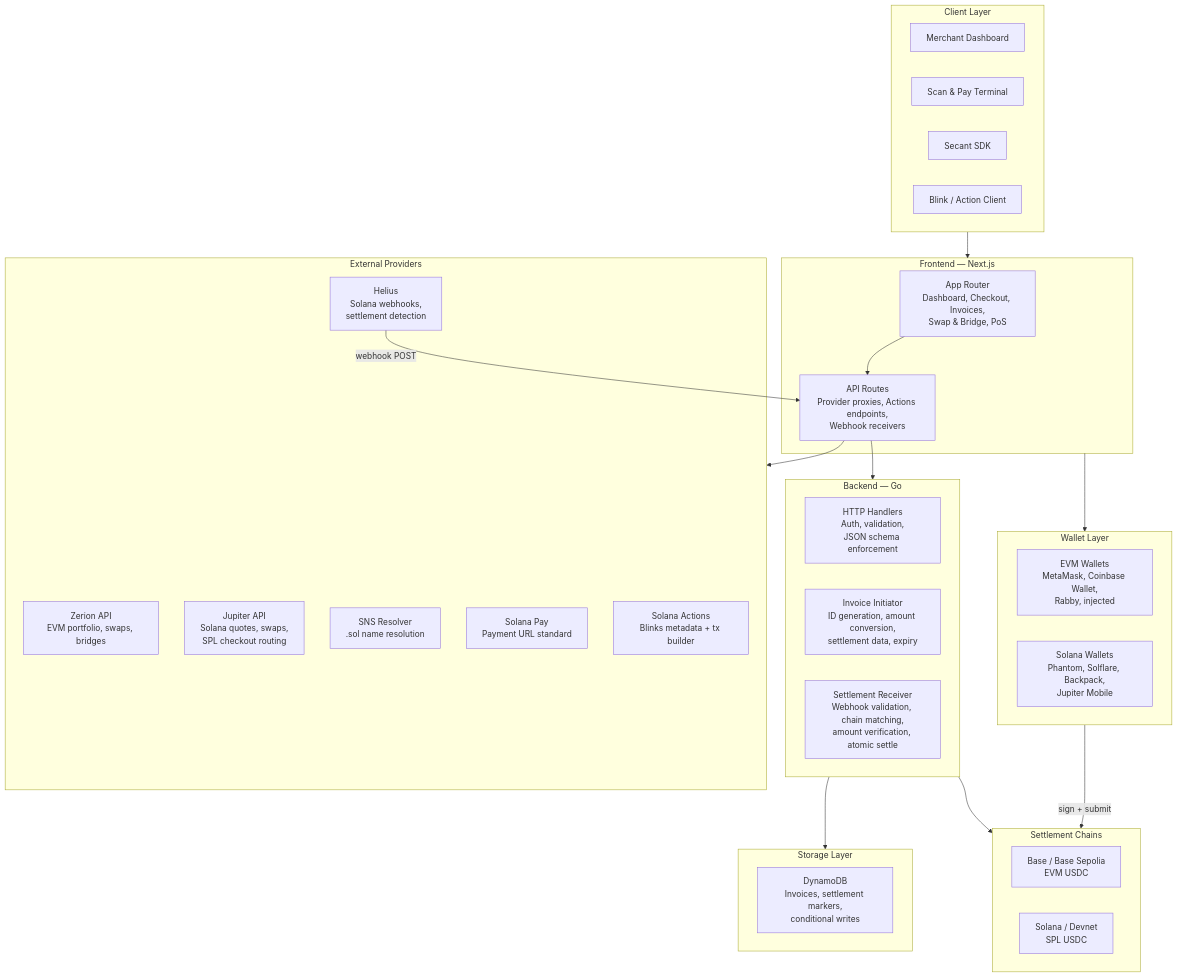
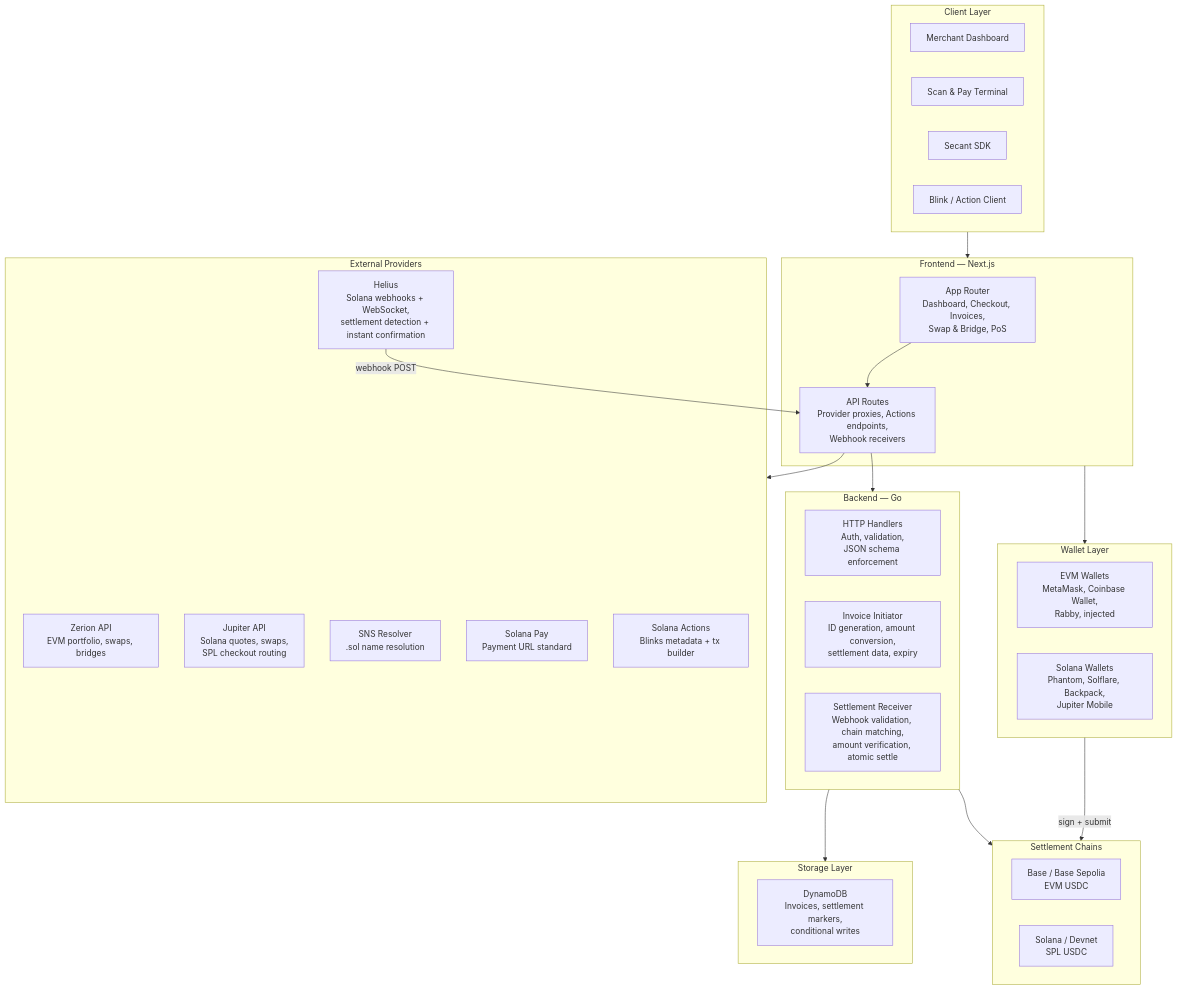
One commit to nagatejakachapuram/Secant-Pay-Docs changed the first of 4 diagrams in architecture.md. Above: the diagram before and after it, drawn with Mermaid. The commit also changed other lines of this file and 2 other files, not shown here.

Commit message:
Updated Architecture page

````diff
--- a/architecture.md
+++ b/architecture.md
@@ -18,53 +18,53 @@
 ```mermaid
 flowchart TB
   subgraph Clients["Client Layer"]
     Merchant["Merchant Dashboard"]
     POS["Scan & Pay Terminal"]
     SDK["Secant SDK"]
     Blink["Blink / Action Client"]
   end
 
   subgraph Frontend["Frontend — Next.js"]
     App["App Router\nDashboard, Checkout, Invoices,\nSwap & Bridge, PoS"]
     ApiRoutes["API Routes\nProvider proxies, Actions endpoints,\nWebhook receivers"]
   end
 
   subgraph Wallets["Wallet Layer"]
     EVM["EVM Wallets\nMetaMask, Coinbase Wallet,\nRabby, injected"]
     SOL["Solana Wallets\nPhantom, Solflare, Backpack,\nJupiter Mobile"]
   end
 
   subgraph Backend["Backend — Go"]
     Handlers["HTTP Handlers\nAuth, validation,\nJSON schema enforcement"]
     Initiator["Invoice Initiator\nID generation, amount conversion,\nsettlement data, expiry"]
     Settler["Settlement Receiver\nWebhook validation, chain matching,\namount verification, atomic settle"]
   end
 
   subgraph Storage["Storage Layer"]
     DynamoDB["DynamoDB\nInvoices, settlement markers,\nconditional writes"]
   end
 
   subgraph Providers["External Providers"]
     Zerion["Zerion API\nEVM portfolio, swaps, bridges"]
     Jupiter["Jupiter API\nSolana quotes, swaps,\nSPL checkout routing"]
-    Helius["Helius\nSolana webhooks,\nsettlement detection"]
+    Helius["Helius\nSolana webhooks + WebSocket,\nsettlement detection + instant confirmation"]
     SNS["SNS Resolver\n.sol name resolution"]
     SolPay["Solana Pay\nPayment URL standard"]
     Actions["Solana Actions\nBlinks metadata + tx builder"]
   end
 
   subgraph Chains["Settlement Chains"]
     Base["Base / Base Sepolia\nEVM USDC"]
     Solana["Solana / Devnet\nSPL USDC"]
   end
 
   Clients --> Frontend
   Frontend --> Wallets
   App --> ApiRoutes
   ApiRoutes --> Backend
   ApiRoutes --> Providers
   Backend --> Storage
   Backend --> Chains
   Helius -->|"webhook POST"| ApiRoutes
   Wallets -->|"sign + submit"| Chains
 ```
````
